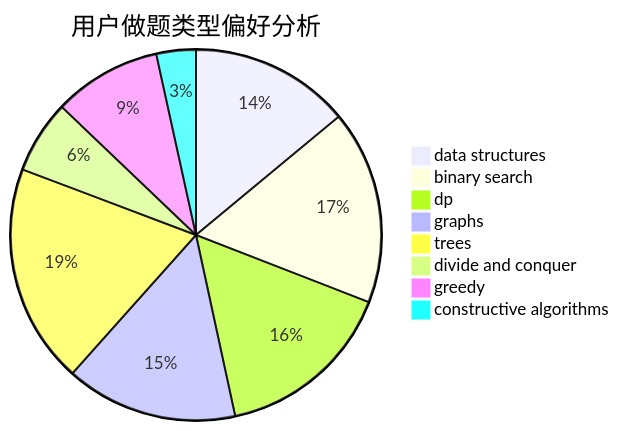
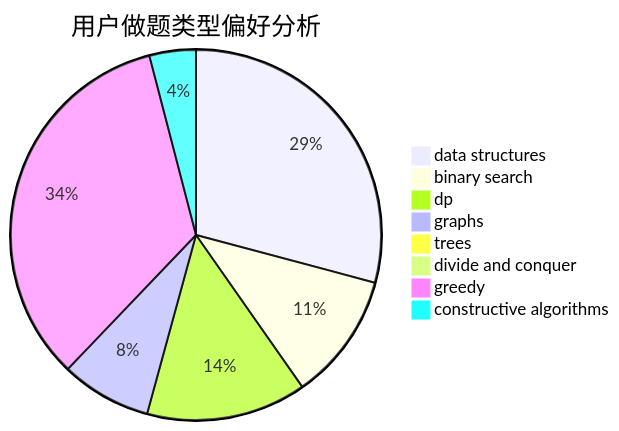
One commit to sherpahu/cfrs.github.io changed the second of 3 diagrams in docs/user/u171.md. Above: the diagram before and after it, drawn with Mermaid. The commit also changed other lines of this file and 2770 other files, not shown here.

````diff
--- a/docs/user/u171.md
+++ b/docs/user/u171.md
@@ -23,11 +23,11 @@
 ```mermaid
 pie title 用户做题类型偏好分析
-    "data structures" :  138
-    "binary search" :  167
-    "dp" :  155
-    "graphs" :  148
-    "trees" :  189
-    "divide and conquer" :  63
-    "greedy" :  93
-    "constructive algorithms" :  34
+    "data structures" :  144
+    "binary search" :  55
+    "dp" :  69
+    "graphs" :  39
+    "trees" :  4
+    "divide and conquer" :  0
+    "greedy" :  167
+    "constructive algorithms" :  20
 ```
````
